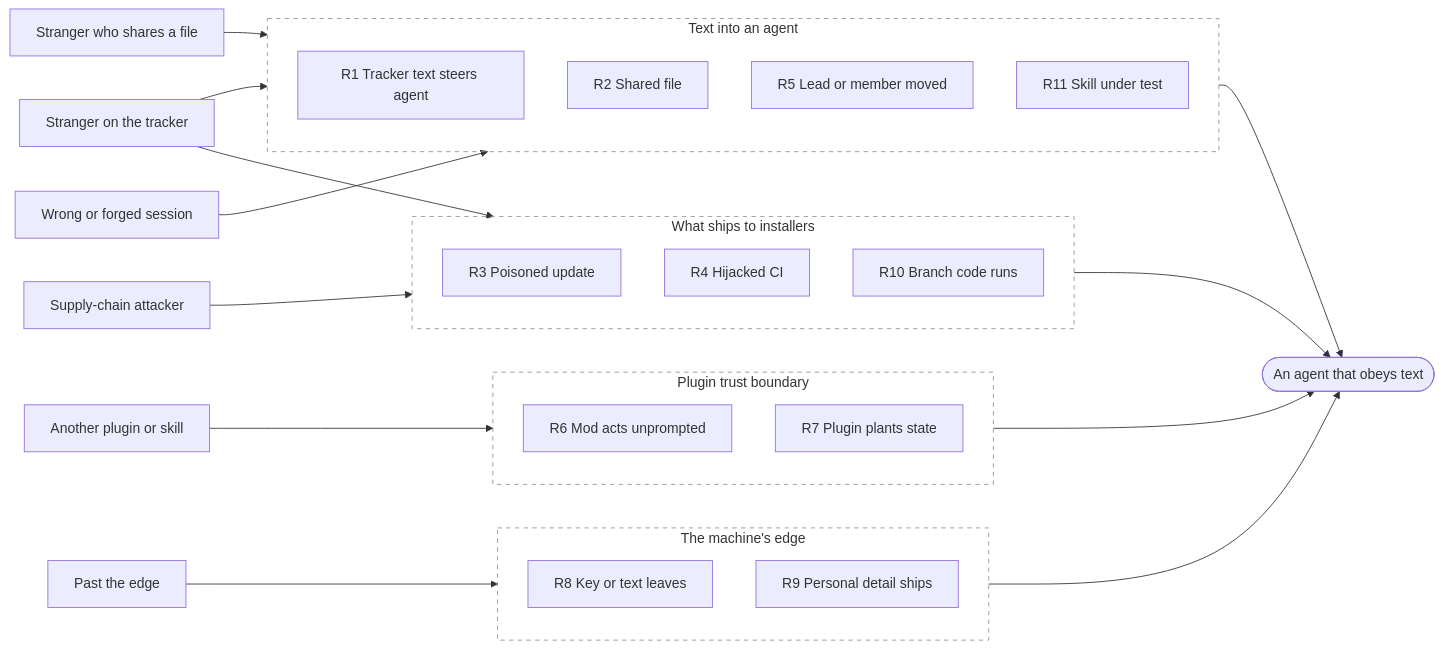
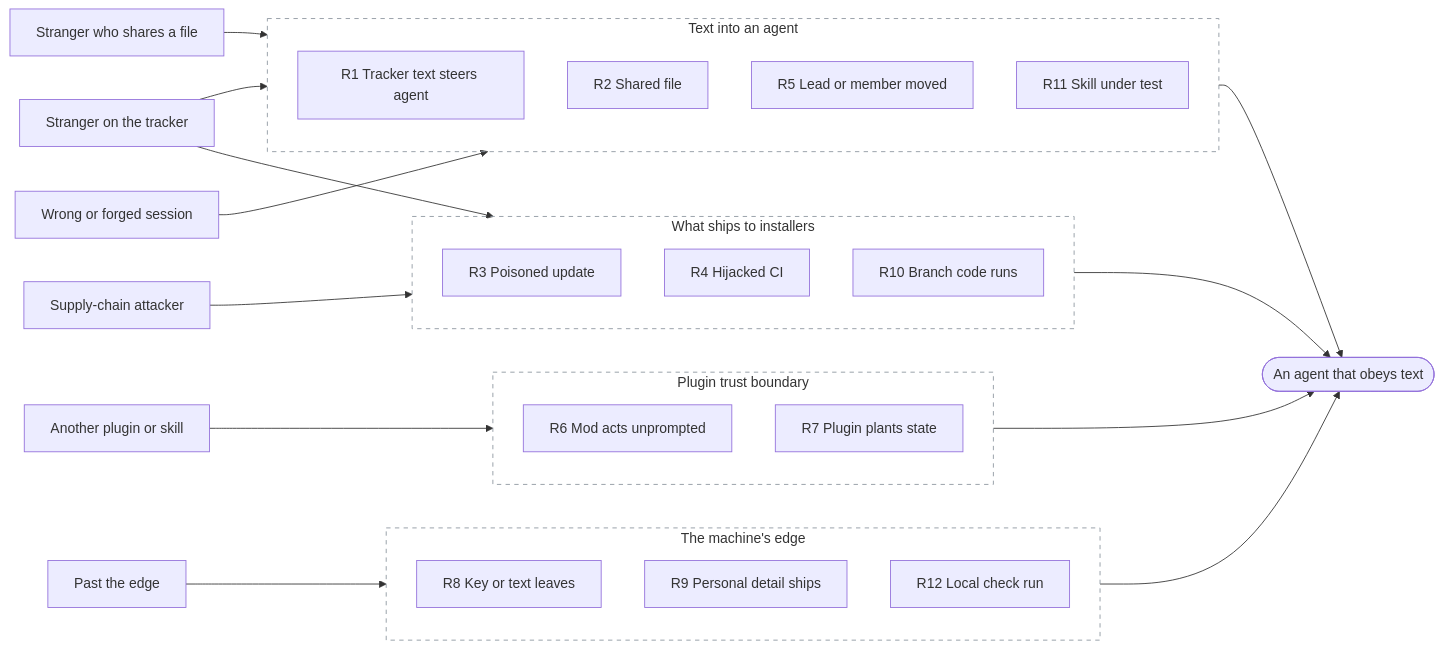
Before and after one commit to mephistopheles4/grimoire: the second of 2 diagrams in docs/security/threat-model.md, drawn with Mermaid. The commit also changed other lines of this file and 1 other file, not shown here.

First line of the commit message:
#366: threat model row 20 (local check run), class C13 for git unpinned, candidate P10, row 19's engine line

````diff
--- a/docs/security/threat-model.md
+++ b/docs/security/threat-model.md
@@ -116,48 +119,49 @@
 ```mermaid
 flowchart LR
   tracker["Stranger on the tracker"]
   sharer["Stranger who shares a file"]
   supply["Supply-chain attacker"]
   plugin["Another plugin or skill"]
   session["Wrong or forged session"]
   edge["Past the edge"]
 
   subgraph B1["Text into an agent"]
     R1["R1 Tracker text steers agent"]
     R2["R2 Shared file"]
     R5["R5 Lead or member moved"]
     R11["R11 Skill under test"]
   end
   subgraph B2["What ships to installers"]
     R3["R3 Poisoned update"]
     R4["R4 Hijacked CI"]
     R10["R10 Branch code runs"]
   end
   subgraph B3["Plugin trust boundary"]
     R6["R6 Mod acts unprompted"]
     R7["R7 Plugin plants state"]
   end
   subgraph B4["The machine's edge"]
     R8["R8 Key or text leaves"]
     R9["R9 Personal detail ships"]
+    R12["R12 Local check run"]
   end
 
   agent(["An agent that obeys text"])
 
   tracker --> B1
   tracker --> B2
   sharer --> B1
   session --> B1
   supply --> B2
   plugin --> B3
   edge --> B4
   B1 --> agent
   B2 --> agent
   B3 --> agent
   B4 --> agent
 
   style B1 fill:transparent,stroke:#8c959f,stroke-dasharray: 5 5
   style B2 fill:transparent,stroke:#8c959f,stroke-dasharray: 5 5
   style B3 fill:transparent,stroke:#8c959f,stroke-dasharray: 5 5
   style B4 fill:transparent,stroke:#8c959f,stroke-dasharray: 5 5
 ```
````
